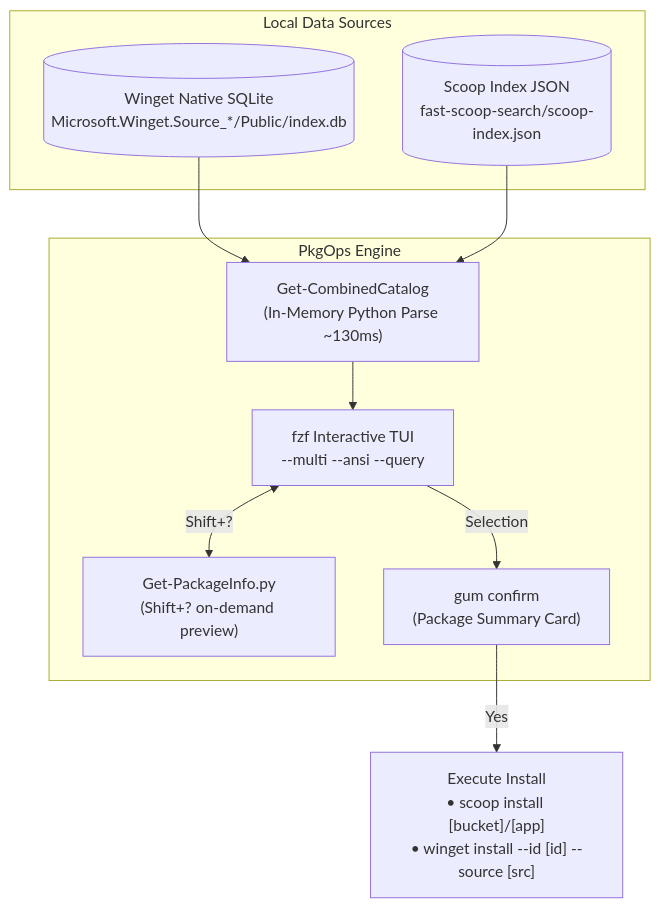
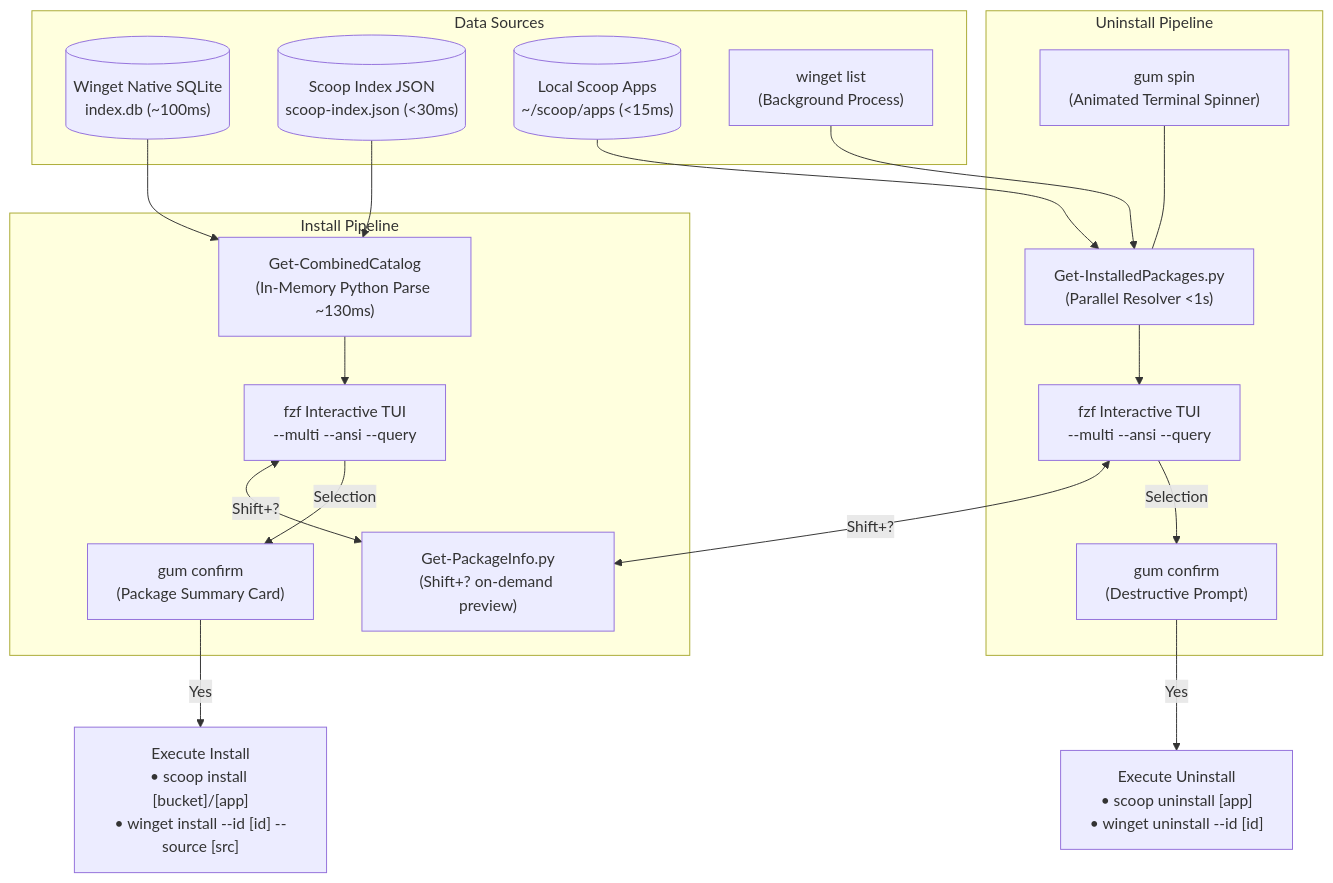
Before and after one commit to fahim-ahmed05/dotfiles: the diagram in shell/pwsh/modules/PkgOps/README.md, drawn with Mermaid. The commit also changed other lines of this file, not shown here.

Commit message:
docs(pkg): update README with Get-InstalledPackages, gum spin, buffer flushing, and pipeline architecture

````diff
--- a/shell/pwsh/modules/PkgOps/README.md
+++ b/shell/pwsh/modules/PkgOps/README.md
@@ -106,21 +122,38 @@
 ```mermaid
 flowchart TD
-    subgraph Local Data Sources
-        W_DB[("Winget Native SQLite<br/>Microsoft.Winget.Source_*/Public/index.db")]
-        S_JSON[("Scoop Index JSON<br/>fast-scoop-search/scoop-index.json")]
+    subgraph Data Sources
+        W_DB[("Winget Native SQLite<br/>index.db (~100ms)")]
+        S_JSON[("Scoop Index JSON<br/>scoop-index.json (<30ms)")]
+        L_SCOOP[("Local Scoop Apps<br/>~/scoop/apps (<15ms)")]
+        W_LIST["winget list<br/>(Background Process)"]
     end
 
-    subgraph PkgOps Engine
+    subgraph Install Pipeline
         P_CAT["Get-CombinedCatalog<br/>(In-Memory Python Parse ~130ms)"]
-        FZF["fzf Interactive TUI<br/>--multi --ansi --query"]
+        FZF_I["fzf Interactive TUI<br/>--multi --ansi --query"]
         PREV["Get-PackageInfo.py<br/>(Shift+? on-demand preview)"]
-        CONF["gum confirm<br/>(Package Summary Card)"]
+        CONF_I["gum confirm<br/>(Package Summary Card)"]
+    end
+
+    subgraph Uninstall Pipeline
+        SPIN["gum spin<br/>(Animated Terminal Spinner)"]
+        P_INST["Get-InstalledPackages.py<br/>(Parallel Resolver <1s)"]
+        FZF_U["fzf Interactive TUI<br/>--multi --ansi --query"]
+        CONF_U["gum confirm<br/>(Destructive Prompt)"]
     end
 
     W_DB --> P_CAT
     S_JSON --> P_CAT
-    P_CAT --> FZF
-    FZF <-->|"Shift+?"| PREV
-    FZF -->|"Selection"| CONF
-    CONF -->|"Yes"| INST["Execute Install<br/>• scoop install [bucket]/[app]<br/>• winget install --id [id] --source [src]"]
+    P_CAT --> FZF_I
+    FZF_I <-->|"Shift+?"| PREV
+    FZF_I -->|"Selection"| CONF_I
+    CONF_I -->|"Yes"| EXEC_I["Execute Install<br/>• scoop install [bucket]/[app]<br/>• winget install --id [id] --source [src]"]
+
+    SPIN --- P_INST
+    L_SCOOP --> P_INST
+    W_LIST --> P_INST
+    P_INST --> FZF_U
+    FZF_U <-->|"Shift+?"| PREV
+    FZF_U -->|"Selection"| CONF_U
+    CONF_U -->|"Yes"| EXEC_U["Execute Uninstall<br/>• scoop uninstall [app]<br/>• winget uninstall --id [id]"]
 ```
````
